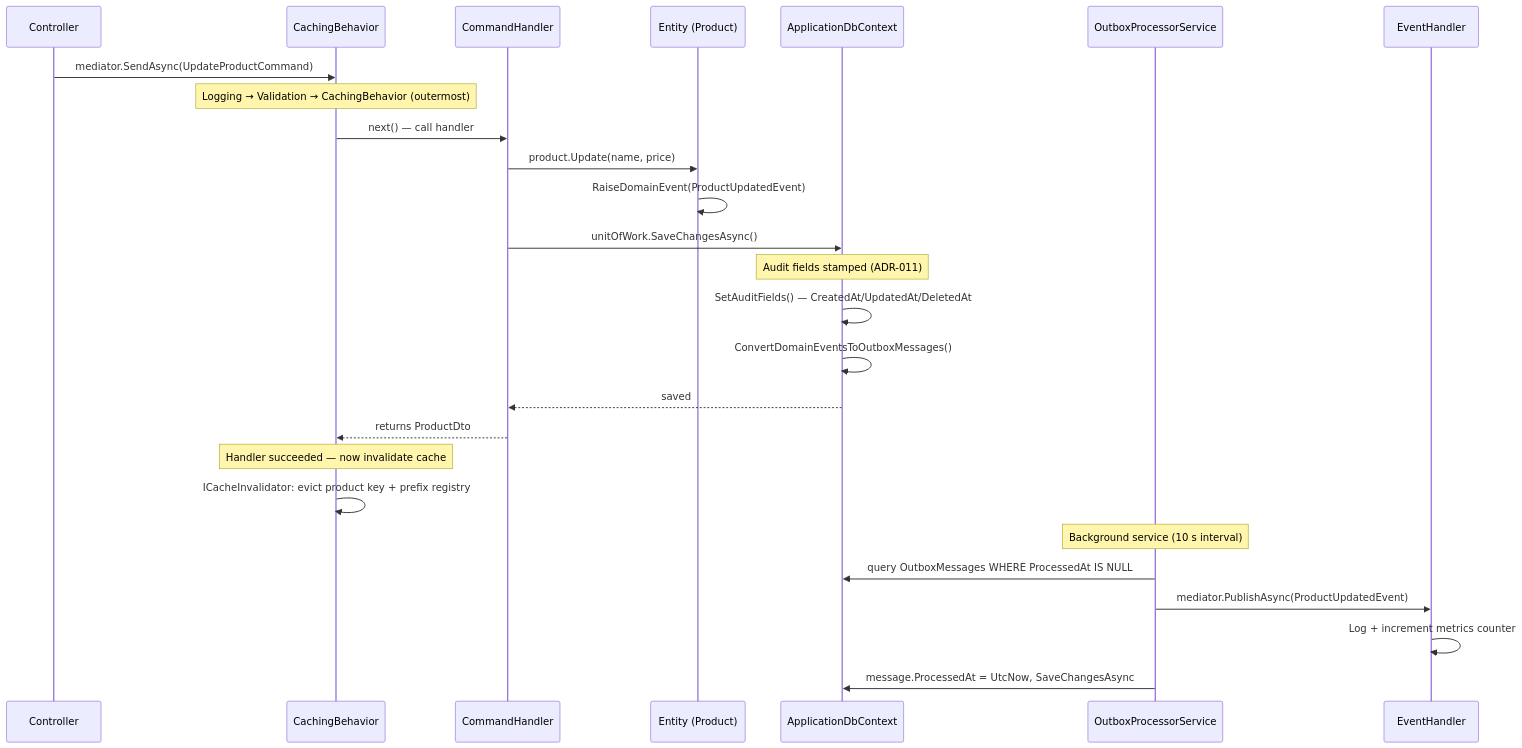
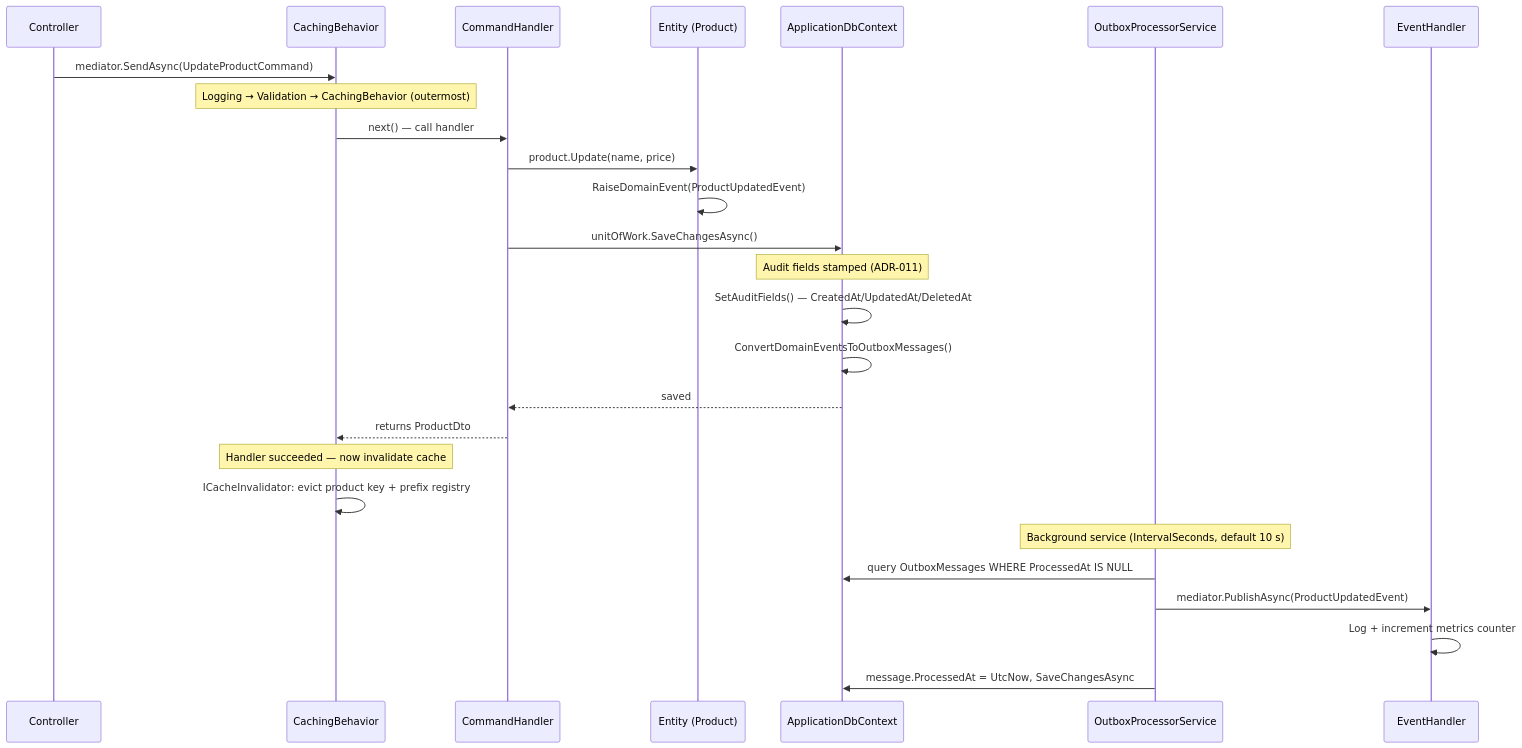
Before and after one commit to MateusjsSilva/DotNet.CleanArchitecture: the diagram in docs/DOMAIN_EVENTS.md, drawn with Mermaid. The commit also changed other lines of this file and 9 other files, not shown here.

````diff
--- a/docs/DOMAIN_EVENTS.md
+++ b/docs/DOMAIN_EVENTS.md
@@ -9,30 +9,30 @@
 ```mermaid
 sequenceDiagram
     participant C as Controller
     participant CB as CachingBehavior
     participant H as CommandHandler
     participant E as Entity (Product)
     participant DB as ApplicationDbContext
     participant O as OutboxProcessorService
     participant EH as EventHandler
 
     C->>CB: mediator.SendAsync(UpdateProductCommand)
     Note over CB: Logging → Validation → CachingBehavior (outermost)
     CB->>H: next() — call handler
     H->>E: product.Update(name, price)
     E->>E: RaiseDomainEvent(ProductUpdatedEvent)
     H->>DB: unitOfWork.SaveChangesAsync()
     Note over DB: Audit fields stamped (ADR-011)
     DB->>DB: SetAuditFields() — CreatedAt/UpdatedAt/DeletedAt
     DB->>DB: ConvertDomainEventsToOutboxMessages()
     DB-->>H: saved
     H-->>CB: returns ProductDto
     Note over CB: Handler succeeded — now invalidate cache
     CB->>CB: ICacheInvalidator: evict product key + prefix registry
 
-    Note over O: Background service (10 s interval)
+    Note over O: Background service (IntervalSeconds, default 10 s)
     O->>DB: query OutboxMessages WHERE ProcessedAt IS NULL
     O->>EH: mediator.PublishAsync(ProductUpdatedEvent)
     EH->>EH: Log + increment metrics counter
     O->>DB: message.ProcessedAt = UtcNow, SaveChangesAsync
 ```
````
